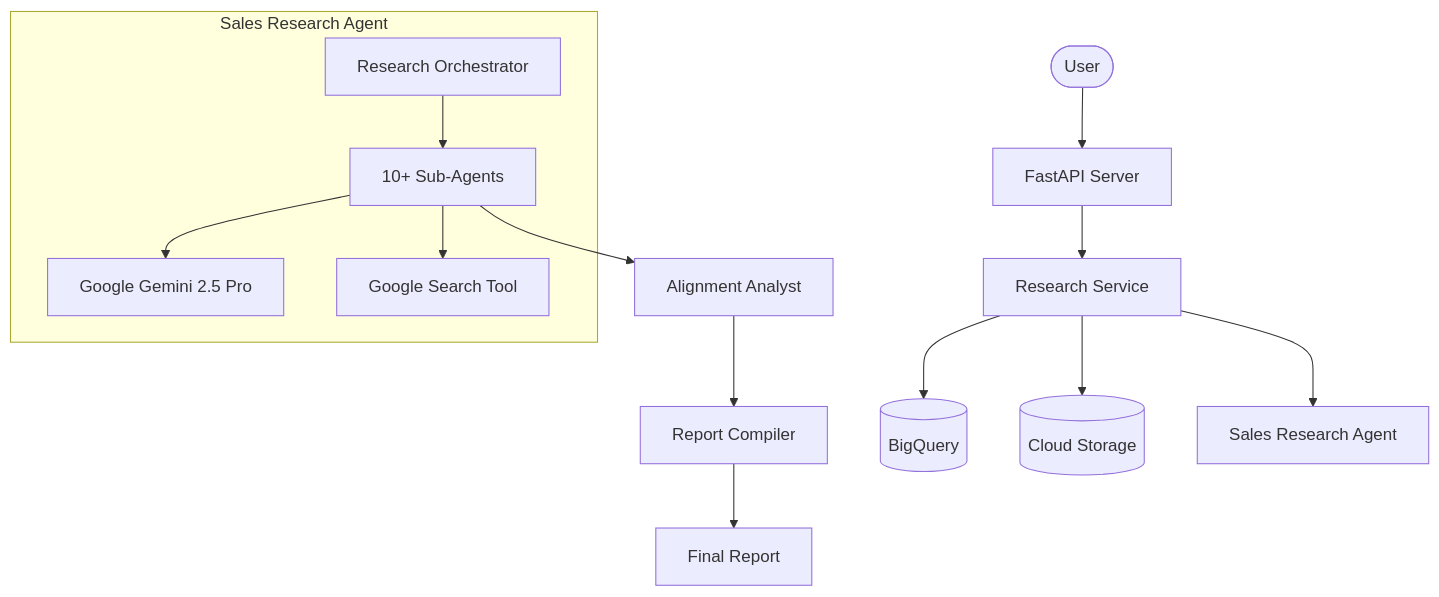
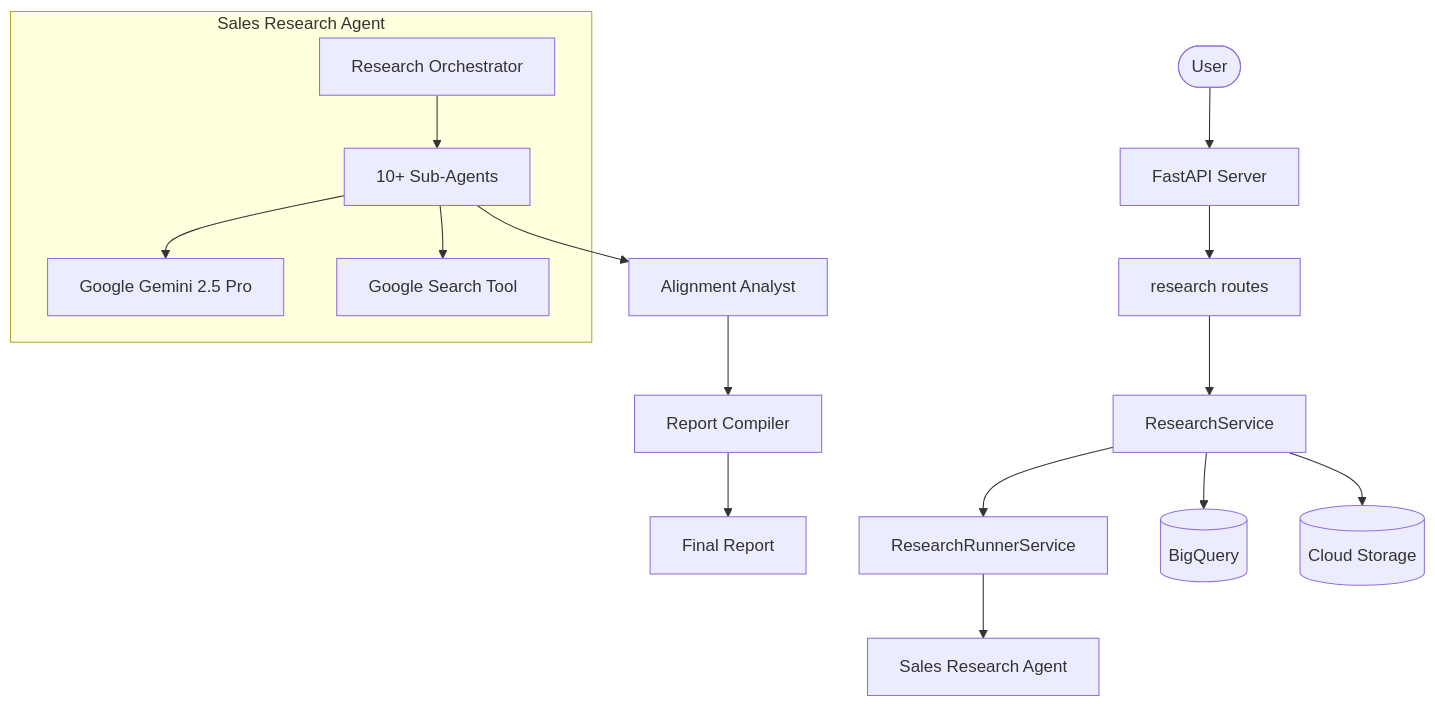
One commit to upjabir-prodapt/salesagent changed the diagram in README.md. Above: the diagram before and after it, drawn with Mermaid. The commit also changed other lines of this file and 128 other files, not shown here.

````diff
--- a/README.md
+++ b/README.md
@@ -17,19 +19,21 @@
 ```mermaid
 graph TD
     User([User]) --> FastAPI[FastAPI Server]
-    FastAPI --> ResearchService[Research Service]
+    FastAPI --> ResearchRoutes[research routes]
+    ResearchRoutes --> ResearchService[ResearchService]
+    ResearchService --> ResearchRunner[ResearchRunnerService]
     ResearchService --> BigQuery[(BigQuery)]
     ResearchService --> GCS[(Cloud Storage)]
-    ResearchService --> SalesAgent[Sales Research Agent]
+    ResearchRunner --> SalesAgent[Sales Research Agent]
     
     subgraph "Sales Research Agent"
         Orchestrator[Research Orchestrator]
         Orchestrator --> SubAgents[10+ Sub-Agents]
         SubAgents --> Gemini[Google Gemini 2.5 Pro]
         SubAgents --> Search[Google Search Tool]
     end
     
     SubAgents --> AlignmentAnalyst[Alignment Analyst]
     AlignmentAnalyst --> ReportCompiler[Report Compiler]
     ReportCompiler --> Markdown[Final Report]
 ```
````
